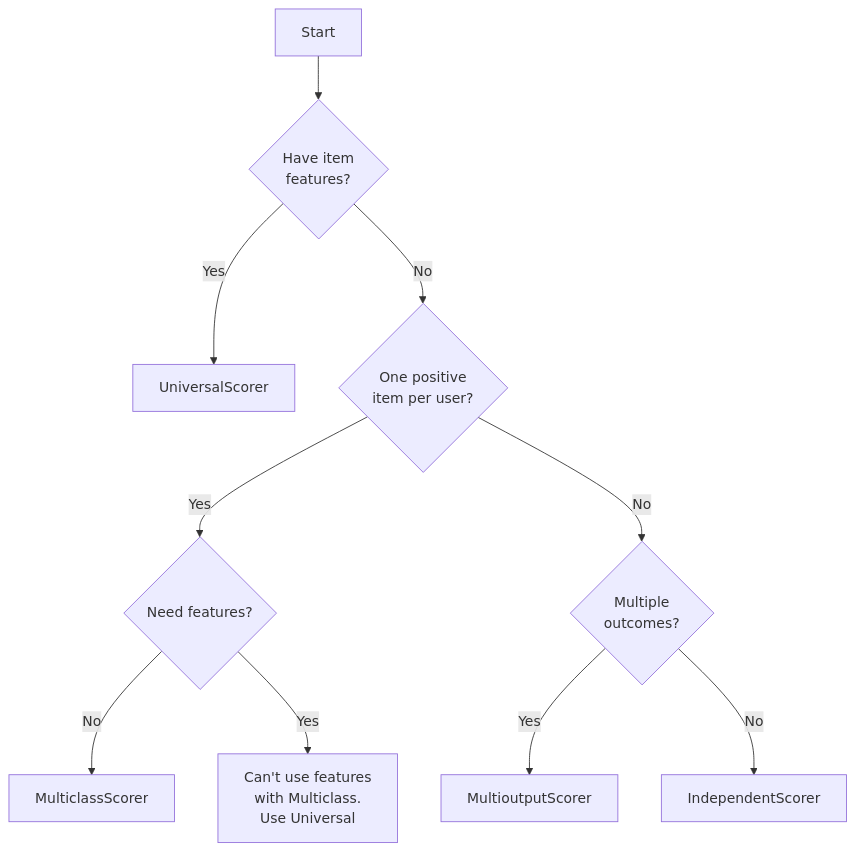
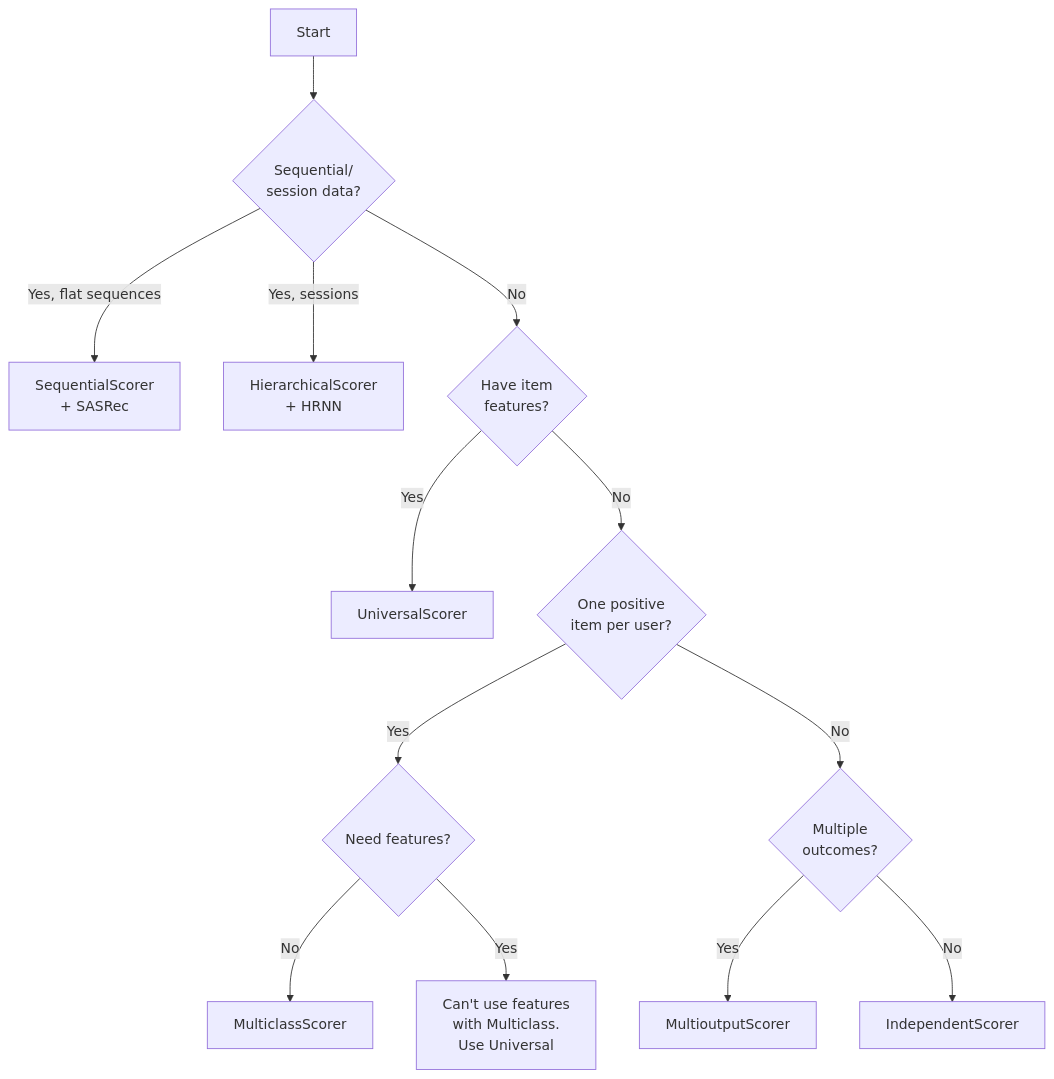
Before and after one commit to intuit/scikit-rec: the diagram in docs/user-guide/scorers.md, drawn with Mermaid. The commit also changed other lines of this file and 17 other files, not shown here.

````diff
--- a/docs/user-guide/scorers.md
+++ b/docs/user-guide/scorers.md
@@ -146,12 +188,15 @@
 ```mermaid
 graph TD
-    A[Start] --> B{Have item<br/>features?}
+    A[Start] --> Z{Sequential/<br/>session data?}
+    Z -->|Yes, flat sequences| SEQ[SequentialScorer<br/>+ SASRec]
+    Z -->|Yes, sessions| HIER[HierarchicalScorer<br/>+ HRNN]
+    Z -->|No| B{Have item<br/>features?}
     B -->|Yes| C[UniversalScorer]
     B -->|No| D{One positive<br/>item per user?}
     D -->|Yes| E{Need features?}
     E -->|No| F[MulticlassScorer]
     E -->|Yes| G[Can't use features<br/>with Multiclass.<br/>Use Universal]
     D -->|No| H{Multiple<br/>outcomes?}
     H -->|Yes| I[MultioutputScorer]
     H -->|No| J[IndependentScorer]
 ```
````
